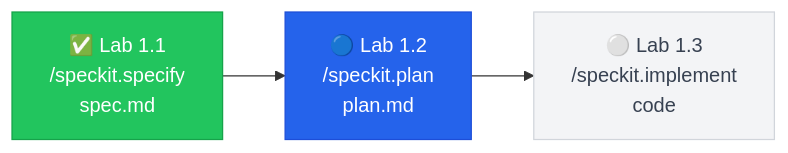
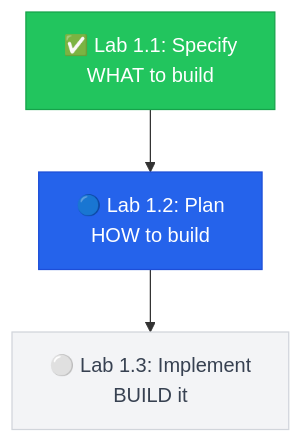
One commit to DataStoics/sdd-course-guide changed the diagram in labs/lab-1.2-plan.md. Above: the diagram before and after it, drawn with Mermaid. The commit also changed other lines of this file and 3 other files, not shown here.

Commit message:
fix: Mermaid TB layout, index callout, Lab 1.3 rewrite with natural language flow

````diff
--- a/labs/lab-1.2-plan.md
+++ b/labs/lab-1.2-plan.md
@@ -25,9 +25,9 @@
 ```mermaid
-flowchart LR
-    A["✅ Lab 1.1<br/>/speckit.specify<br/>spec.md"] --> B["🔵 Lab 1.2<br/>/speckit.plan<br/>plan.md"]
-    B --> C["⚪ Lab 1.3<br/>/speckit.implement<br/>code"]
+flowchart TB
+    A["✅ Lab 1.1: Specify<br/>WHAT to build"] --> B["🔵 Lab 1.2: Plan<br/>HOW to build"]
+    B --> C["⚪ Lab 1.3: Implement<br/>BUILD it"]
     
     style A fill:#22c55e,stroke:#16a34a,color:#fff
     style B fill:#2563eb,stroke:#1d4ed8,color:#fff
     style C fill:#f3f4f6,stroke:#d1d5db,color:#374151
 ```
````
